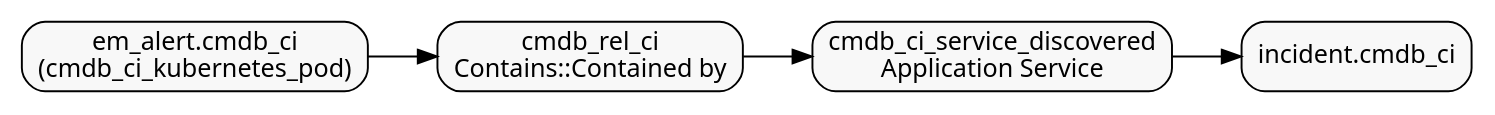
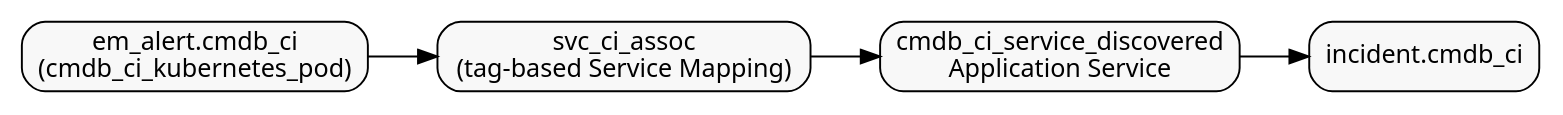
Before and after one commit to gxbrooks/spark-observability: the first of 2 diagrams in servicenow/docs/Log_to_Incident/Log_to_Incident.adoc, drawn with Graphviz. The commit also changed other lines of this file and 63 other files, not shown here.

First line of the commit message:
Align ServiceNow service instances on a single display-name tag and svc_ci_assoc.

```diff
--- a/servicenow/docs/Log_to_Incident/Log_to_Incident.adoc
+++ b/servicenow/docs/Log_to_Incident/Log_to_Incident.adoc
@@ -1679,15 +1684,15 @@
 [graphviz, Incident_Application_Service_correlation_Service_Side]
 ----
 digraph incident_correlation {
   graph [rankdir=LR splines=true nodesep=0.5 fontname="Noto Sans" fontsize=14]
   node [shape=box style="rounded,filled" fillcolor="#f8f8f8" fontname="Noto Sans" fontsize=13]
   edge [fontname="Noto Sans" fontsize=12]
 
   ALERT [label="em_alert.cmdb_ci\n(cmdb_ci_kubernetes_pod)"]
-  REL [label="cmdb_rel_ci\nContains::Contained by"]
+  REL [label="svc_ci_assoc\n(tag-based Service Mapping)"]
   AS [label="cmdb_ci_service_discovered\nApplication Service"]
   INC [label="incident.cmdb_ci"]
 
   ALERT -> REL -> AS -> INC
 }
 ----
```
